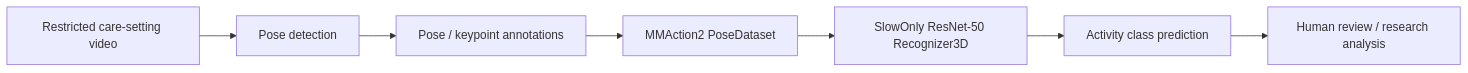
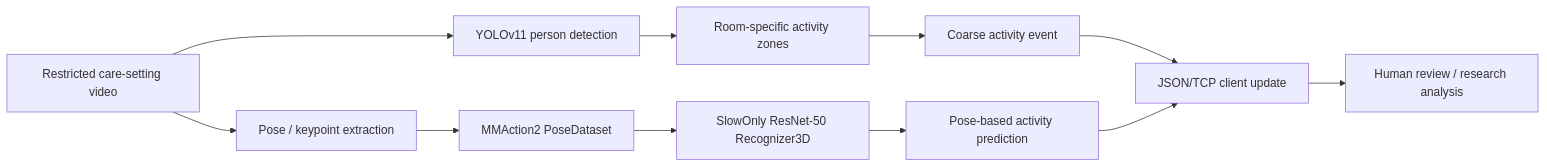
One commit to alex1324575/non-obtrusive-human-activity-recognition changed the diagram in README.md. Above: the diagram before and after it, drawn with Mermaid. The commit also changed other lines of this file and 2 other files, not shown here.

````diff
--- a/README.md
+++ b/README.md
@@ -18,9 +18,13 @@
 ```mermaid
 flowchart LR
-    V[Restricted care-setting video] --> P[Pose detection]
-    P --> S[Pose / keypoint annotations]
-    S --> A[MMAction2 PoseDataset]
+    V[Restricted care-setting video] --> Y[YOLOv11 person detection]
+    Y --> Z[Room-specific activity zones]
+    Z --> G[Coarse activity event]
+    V --> P[Pose / keypoint extraction]
+    P --> A[MMAction2 PoseDataset]
     A --> M[SlowOnly ResNet-50 Recognizer3D]
-    M --> C[Activity class prediction]
-    C --> R[Human review / research analysis]
+    M --> C[Pose-based activity prediction]
+    G --> R[JSON/TCP client update]
+    C --> R
+    R --> H[Human review / research analysis]
 ```
````
